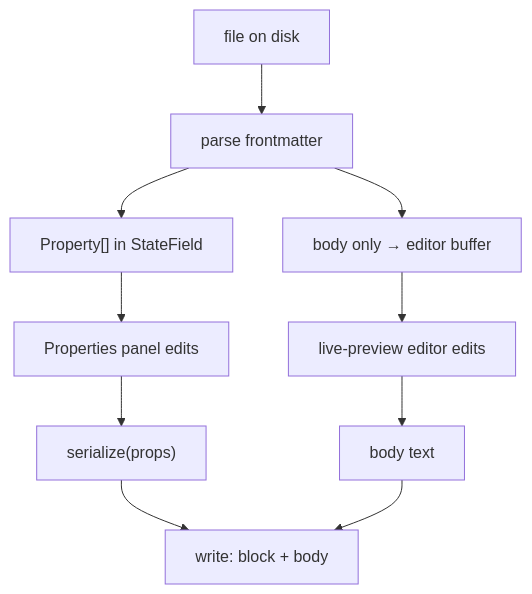
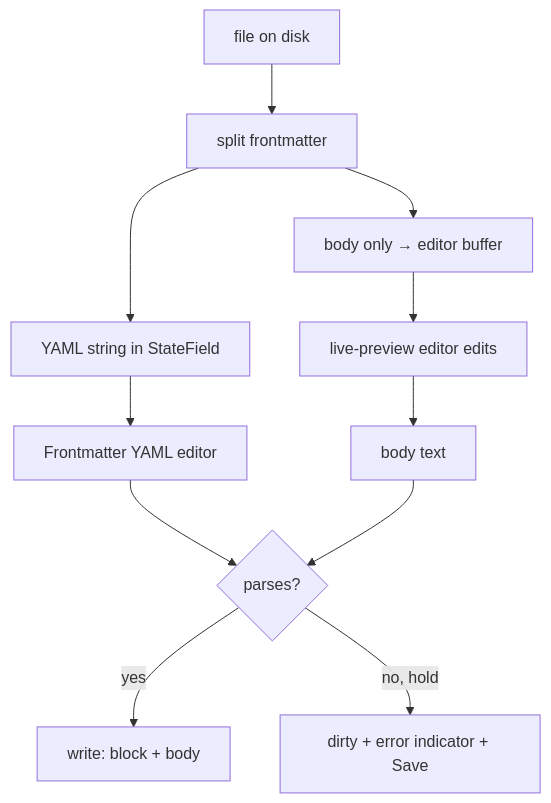
Before and after one commit to pothos-dev/sunstone: the diagram in docs/okf/concept.md, drawn with Mermaid. The commit also changed other lines of this file and 92 other files, not shown here.

````diff
--- a/docs/okf/concept.md
+++ b/docs/okf/concept.md
@@ -37,12 +37,13 @@
 ```mermaid
 flowchart TD
-  F[file on disk] --> P[parse frontmatter]
-  P --> ST["Property[] in StateField"]
+  F[file on disk] --> P[split frontmatter]
+  P --> ST["YAML string in StateField"]
   P --> B[body only → editor buffer]
-  ST --> PANEL[Properties panel edits]
+  ST --> FM[Frontmatter YAML editor]
   B --> ED[live-preview editor edits]
-  PANEL --> SER["serialize(props)"]
+  FM --> GATE{parses?}
   ED --> BODY[body text]
-  SER --> OUT[write: block + body]
-  BODY --> OUT
+  GATE -->|yes| OUT[write: block + body]
+  GATE -->|no, hold| HOLD[dirty + error indicator + Save]
+  BODY --> GATE
 ```
````
